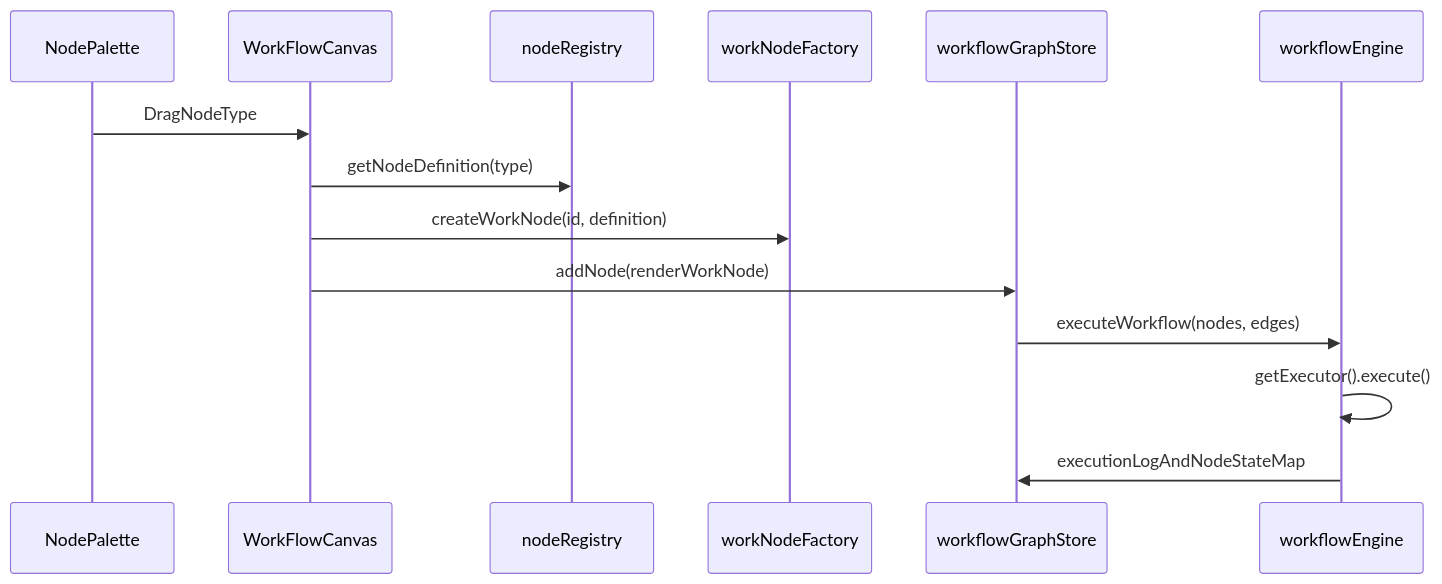
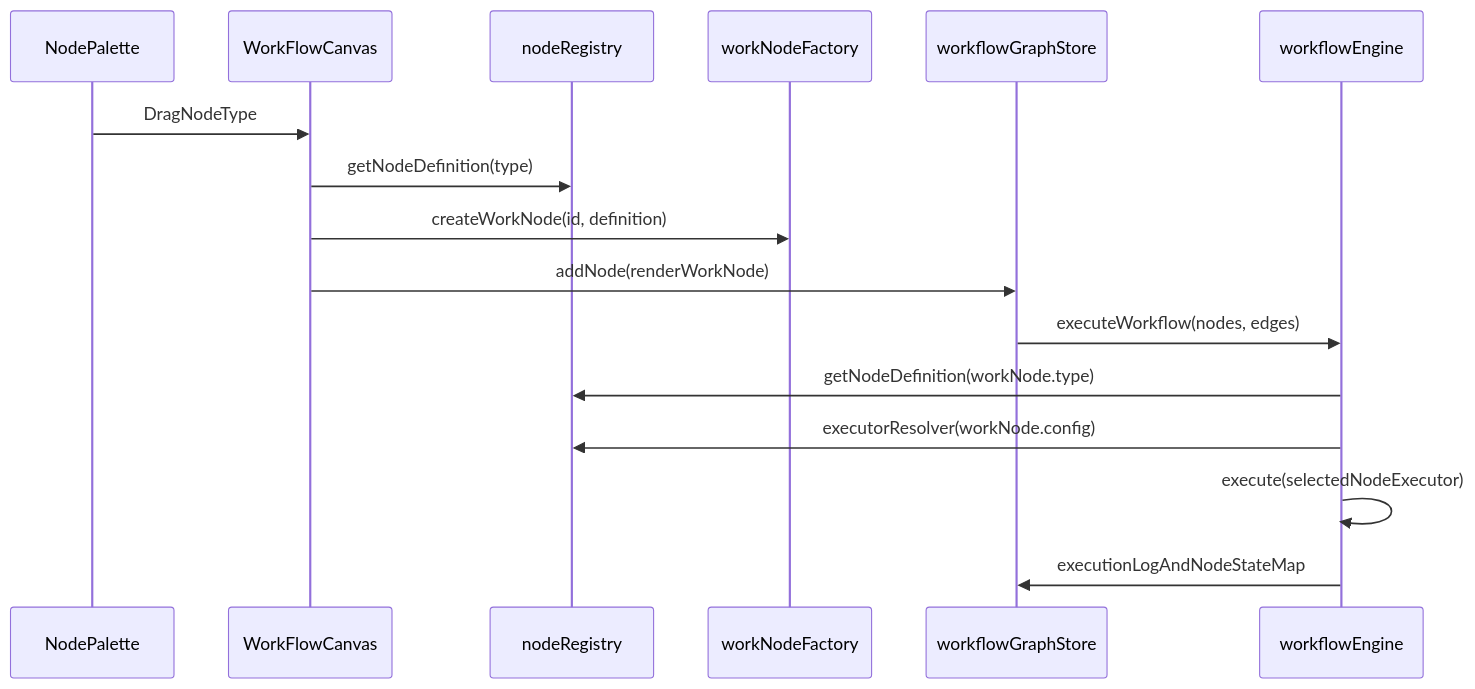
The fourth of 4 diagrams in README.md (ashwaniarya/visual-workflow-studio), drawn with Mermaid before and after one commit. The commit also changed other lines of this file and 5 other files, not shown here.

First line of the commit message:
Enhance workflow engine and node execution handling

````diff
--- a/README.md
+++ b/README.md
@@ -135,17 +157,19 @@
 ```mermaid
 sequenceDiagram
   participant Palette as NodePalette
   participant Canvas as WorkFlowCanvas
   participant Registry as nodeRegistry
   participant Factory as workNodeFactory
   participant Graph as workflowGraphStore
   participant Engine as workflowEngine
 
   Palette->>Canvas: DragNodeType
   Canvas->>Registry: getNodeDefinition(type)
   Canvas->>Factory: createWorkNode(id, definition)
   Canvas->>Graph: addNode(renderWorkNode)
   Graph->>Engine: executeWorkflow(nodes, edges)
-  Engine->>Engine: getExecutor().execute()
+  Engine->>Registry: getNodeDefinition(workNode.type)
+  Engine->>Registry: executorResolver(workNode.config)
+  Engine->>Engine: execute(selectedNodeExecutor)
   Engine->>Graph: executionLogAndNodeStateMap
 ```
````
